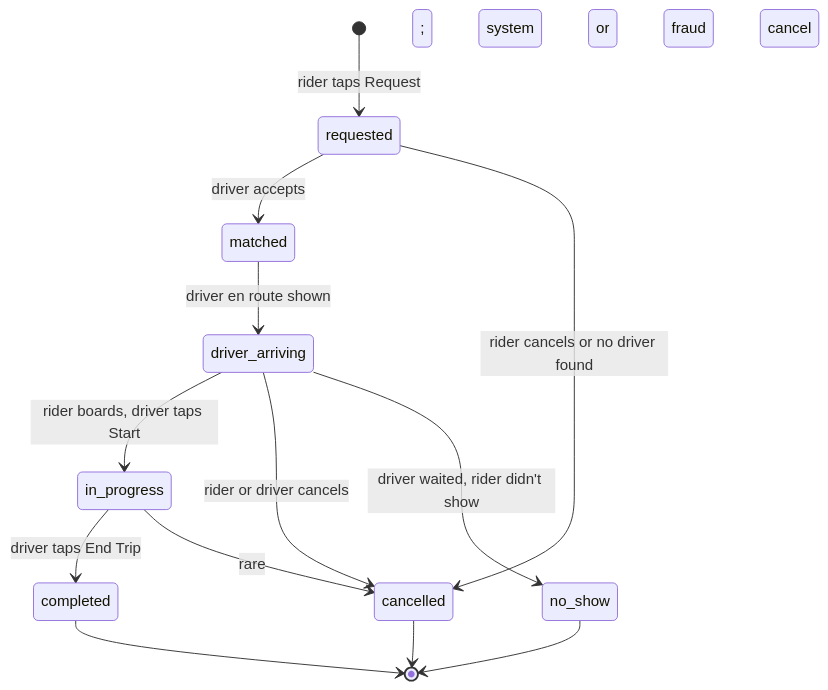
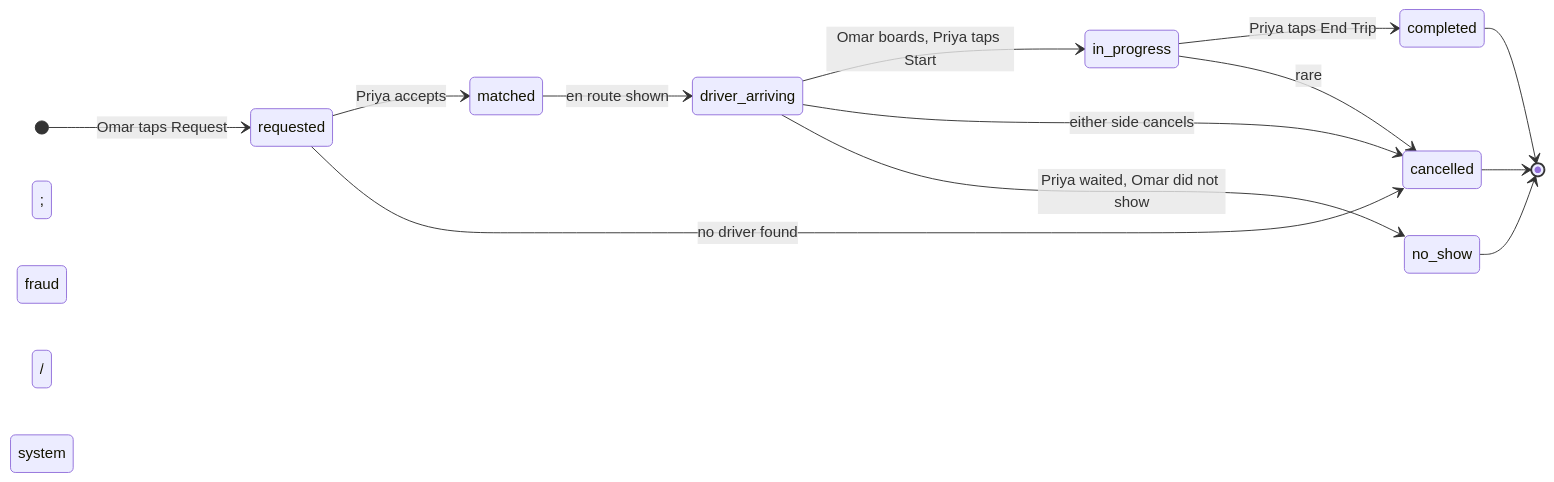
The first of 10 diagrams in problems/007-ride-sharing/question.md (shiningflash/system-design), drawn with Mermaid before and after one commit. The commit also changed other lines of this file and 38 other files, not shown here.

````diff
--- a/problems/007-ride-sharing/question.md
+++ b/problems/007-ride-sharing/question.md
@@ -401,15 +32,16 @@
 ```mermaid
 stateDiagram-v2
-    [*] --> requested: rider taps Request
-    requested --> matched: driver accepts
-    requested --> cancelled: rider cancels or no driver found
-    matched --> driver_arriving: driver en route shown
-    driver_arriving --> in_progress: rider boards, driver taps Start
-    driver_arriving --> cancelled: rider or driver cancels
-    driver_arriving --> no_show: driver waited, rider didn't show
-    in_progress --> completed: driver taps End Trip
-    in_progress --> cancelled: rare; system or fraud cancel
+    direction LR
+    [*] --> requested: Omar taps Request
+    requested --> matched: Priya accepts
+    matched --> driver_arriving: en route shown
+    driver_arriving --> in_progress: Omar boards, Priya taps Start
+    in_progress --> completed: Priya taps End Trip
+    driver_arriving --> cancelled: either side cancels
+    in_progress --> cancelled: rare; fraud / system
+    requested --> cancelled: no driver found
+    driver_arriving --> no_show: Priya waited, Omar did not show
     completed --> [*]
     cancelled --> [*]
     no_show --> [*]
 ```
````
